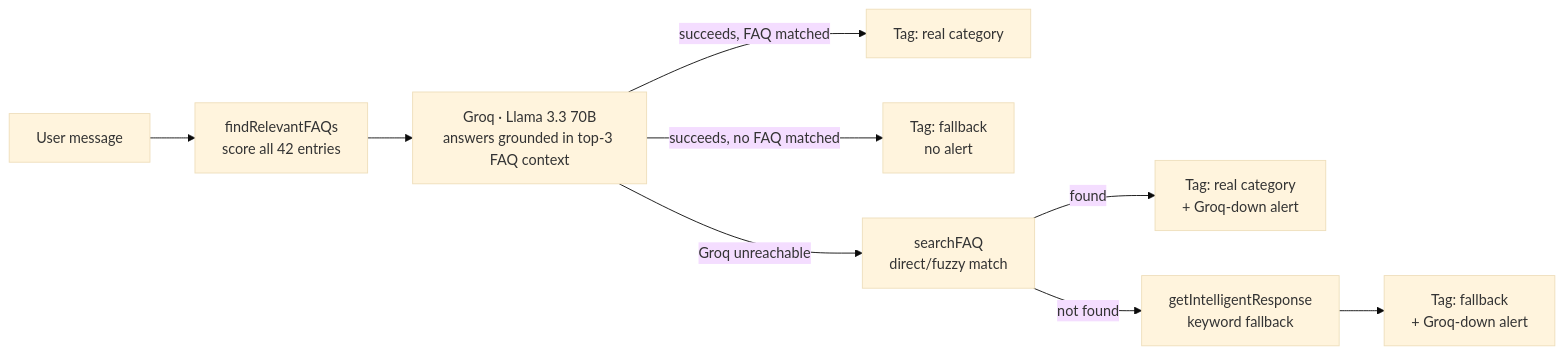
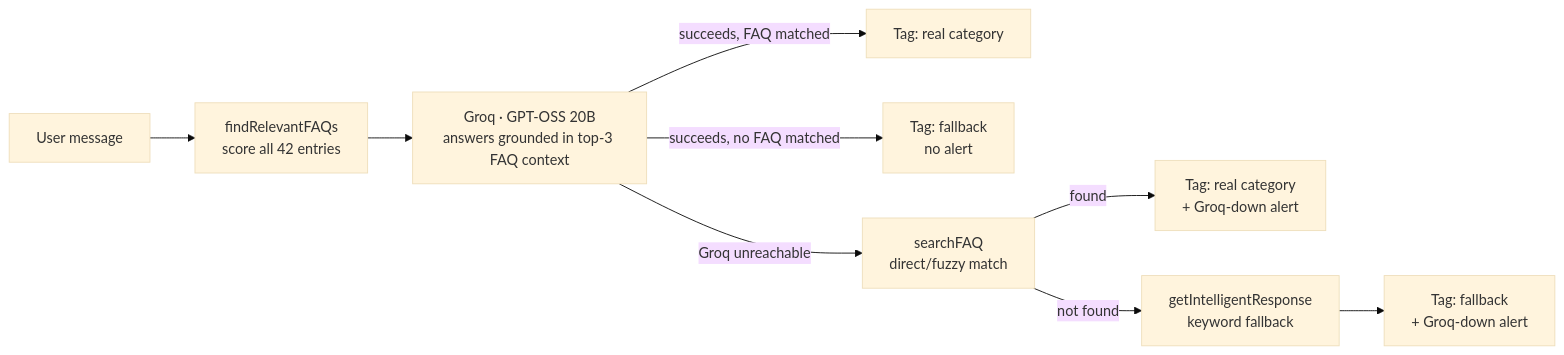
One commit to Jivesh2816/OCC-CHATBOT changed the diagram in README.md. Above: the diagram before and after it, drawn with Mermaid (base theme). The commit also changed other lines of this file and 7 other files, not shown here.

First line of the commit message:
Fix: switch Groq model off deprecated llama-3.3-70b-versatile

````diff
--- a/README.md
+++ b/README.md
@@ -23,11 +23,11 @@
 ```mermaid
 flowchart LR
     U[User message] --> R[findRelevantFAQs\nscore all 42 entries]
-    R --> G[Groq · Llama 3.3 70B\nanswers grounded in top-3 FAQ context]
+    R --> G[Groq · GPT-OSS 20B\nanswers grounded in top-3 FAQ context]
     G -->|succeeds, FAQ matched| T1[Tag: real category]
     G -->|succeeds, no FAQ matched| T2[Tag: fallback\nno alert]
     G -->|Groq unreachable| S[searchFAQ\ndirect/fuzzy match]
     S -->|found| T3[Tag: real category\n+ Groq-down alert]
     S -->|not found| I[getIntelligentResponse\nkeyword fallback]
     I --> T4[Tag: fallback\n+ Groq-down alert]
 ```
````
